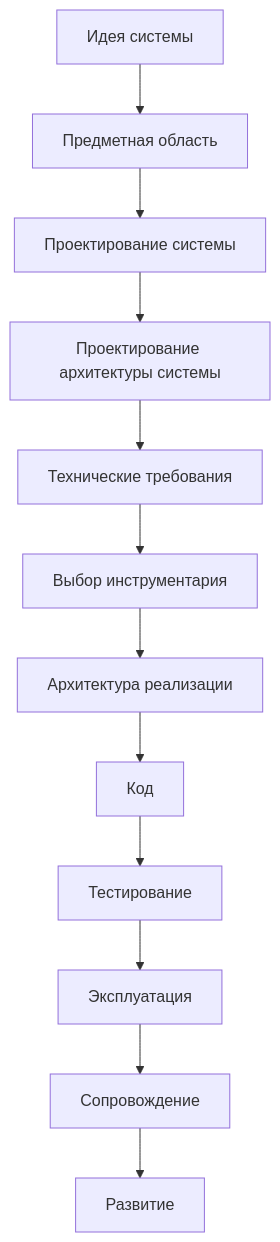
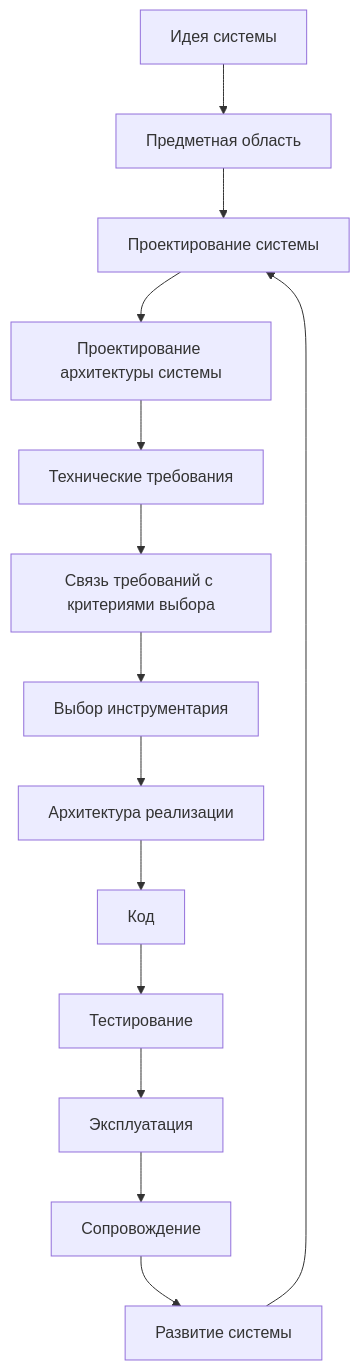
Before and after one commit to Mvil34998/Programming-Digital-Systems: the first of 3 diagrams in docs/00_maps/Development_Route_Map.md, drawn with Mermaid. The commit also changed other lines of this file, not shown here.

````diff
--- a/docs/00_maps/Development_Route_Map.md
+++ b/docs/00_maps/Development_Route_Map.md
@@ -21,14 +21,16 @@
 ```mermaid
 flowchart TD
     A[Идея системы] --> B[Предметная область]
     B --> C[Проектирование системы]
     C --> D[Проектирование архитектуры системы]
     D --> E[Технические требования]
-    E --> F[Выбор инструментария]
-    F --> G[Архитектура реализации]
-    G --> H[Код]
-    H --> I[Тестирование]
-    I --> J[Эксплуатация]
-    J --> K[Сопровождение]
-    K --> L[Развитие]
+    E --> F[Связь требований с критериями выбора]
+    F --> G[Выбор инструментария]
+    G --> H[Архитектура реализации]
+    H --> I[Код]
+    I --> J[Тестирование]
+    J --> K[Эксплуатация]
+    K --> L[Сопровождение]
+    L --> M[Развитие системы]
+    M --> C
 ```
````
